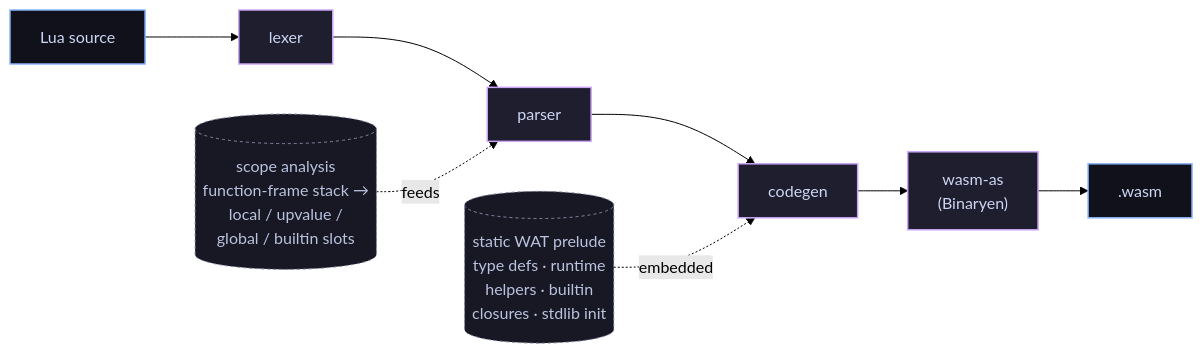
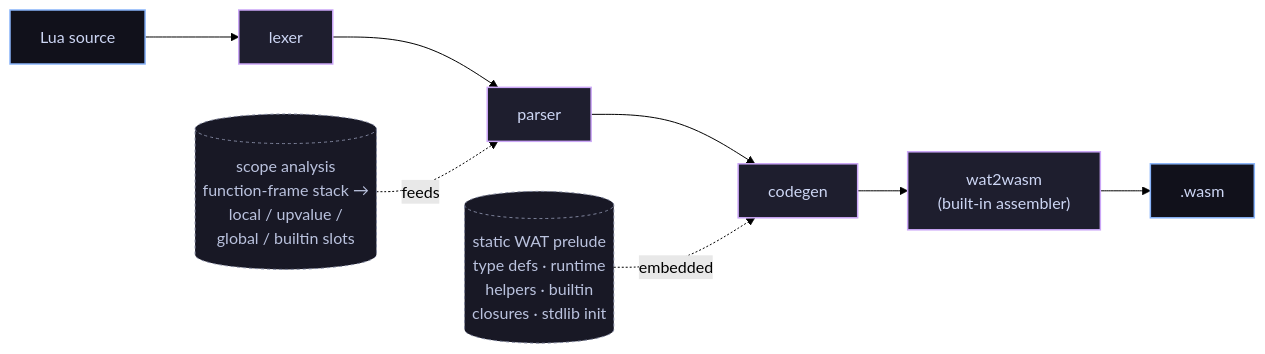
The diagram in README.md (rhmoller/lua2wasm), drawn with Mermaid (forest theme) before and after one commit. The commit also changed other lines of this file and 4 other files, not shown here.

First line of the commit message:
docs: drop wasm-as as a dependency; document the built-in assembler

````diff
--- a/README.md
+++ b/README.md
@@ -289,18 +291,18 @@
 ```mermaid
 flowchart LR
   src["Lua source"] --> lex[lexer]
   lex --> par[parser]
   par --> cg[codegen]
-  cg --> wa["wasm-as<br/>(Binaryen)"]
+  cg --> wa["wat2wasm<br/>(built-in assembler)"]
   wa --> out[".wasm"]
 
   prelude[("static WAT prelude<br/>type defs · runtime<br/>helpers · builtin<br/>closures · stdlib init")] -.embedded.-> cg
   scope[("scope analysis<br/>function-frame stack →<br/>local / upvalue /<br/>global / builtin slots")] -.feeds.-> par
 
   classDef stage   fill:#1e1e2e,stroke:#cba6f7,stroke-width:1.5px,color:#cdd6f4
   classDef ioNode  fill:#11111b,stroke:#89b4fa,stroke-width:1.5px,color:#cdd6f4
   classDef helper  fill:#181825,stroke:#7f849c,stroke-dasharray:3 3,color:#bac2de
   class lex,par,cg,wa stage
   class src,out ioNode
   class prelude,scope helper
 ```
````
